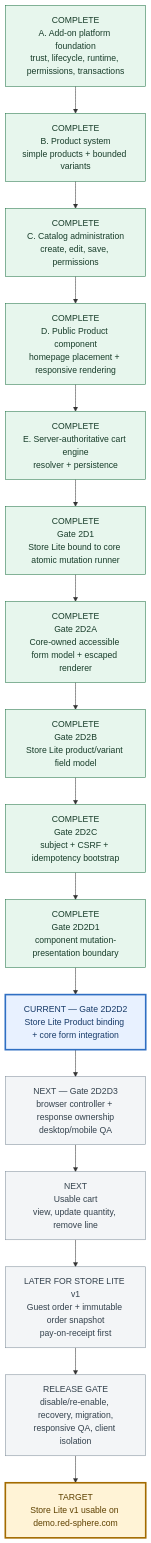
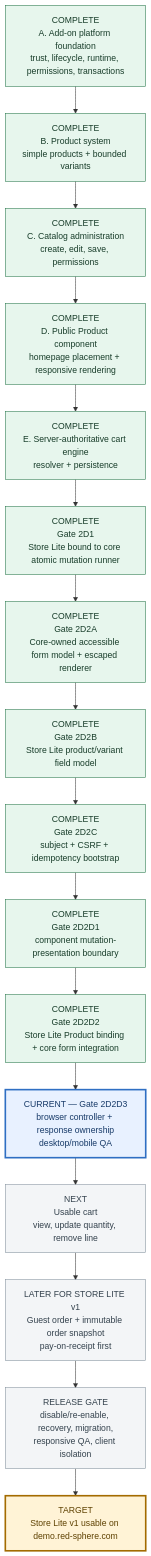
One commit to orojas01-glitch/redcms changed the second of 2 diagrams in docs/ADD-ON-PLATFORM-STATUS.md. Above: the diagram before and after it, drawn with Mermaid. The commit also changed other lines of this file and 7 other files, not shown here.

````diff
--- a/docs/ADD-ON-PLATFORM-STATUS.md
+++ b/docs/ADD-ON-PLATFORM-STATUS.md
@@ -30,30 +30,30 @@
 ```mermaid
 flowchart TD
     A["COMPLETE<br/>A. Add-on platform foundation<br/>trust, lifecycle, runtime, permissions, transactions"]
     B["COMPLETE<br/>B. Product system<br/>simple products + bounded variants"]
     C["COMPLETE<br/>C. Catalog administration<br/>create, edit, save, permissions"]
     D["COMPLETE<br/>D. Public Product component<br/>homepage placement + responsive rendering"]
     E["COMPLETE<br/>E. Server-authoritative cart engine<br/>resolver + persistence"]
     F["COMPLETE<br/>Gate 2D1<br/>Store Lite bound to core atomic mutation runner"]
     G1["COMPLETE<br/>Gate 2D2A<br/>Core-owned accessible form model + escaped renderer"]
     G2["COMPLETE<br/>Gate 2D2B<br/>Store Lite product/variant field model"]
     G3["COMPLETE<br/>Gate 2D2C<br/>subject + CSRF + idempotency bootstrap"]
     G4A["COMPLETE<br/>Gate 2D2D1<br/>component mutation-presentation boundary"]
-    G4B["CURRENT — Gate 2D2D2<br/>Store Lite Product binding + core form integration"]
-    G4C["NEXT — Gate 2D2D3<br/>browser controller + response ownership<br/>desktop/mobile QA"]
+    G4B["COMPLETE<br/>Gate 2D2D2<br/>Store Lite Product binding + core form integration"]
+    G4C["CURRENT — Gate 2D2D3<br/>browser controller + response ownership<br/>desktop/mobile QA"]
     H["NEXT<br/>Usable cart<br/>view, update quantity, remove line"]
     I["LATER FOR STORE LITE v1<br/>Guest order + immutable order snapshot<br/>pay-on-receipt first"]
     J["RELEASE GATE<br/>disable/re-enable, recovery, migration,<br/>responsive QA, client isolation"]
     K["TARGET<br/>Store Lite v1 usable on demo.red-sphere.com"]
 
     A --> B --> C --> D --> E --> F --> G1 --> G2 --> G3 --> G4A --> G4B --> G4C --> H --> I --> J --> K
 
     classDef complete fill:#e7f6ed,stroke:#27764a,color:#183d2a;
     classDef current fill:#e8f1ff,stroke:#2f6fc3,color:#173a68,stroke-width:3px;
     classDef remaining fill:#f3f5f7,stroke:#82909c,color:#34424d;
     classDef target fill:#fff3d6,stroke:#a36b00,color:#5e4100,stroke-width:3px;
-    class A,B,C,D,E,F,G1,G2,G3,G4A complete;
-    class G4B current;
-    class G4C,H,I,J remaining;
+    class A,B,C,D,E,F,G1,G2,G3,G4A,G4B complete;
+    class G4C current;
+    class H,I,J remaining;
     class K target;
 ```
````
